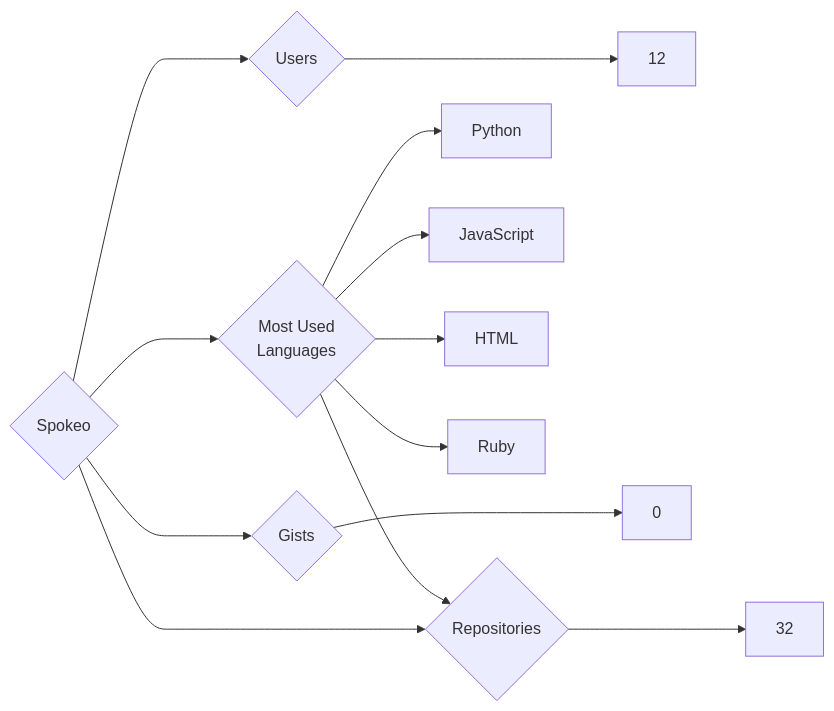
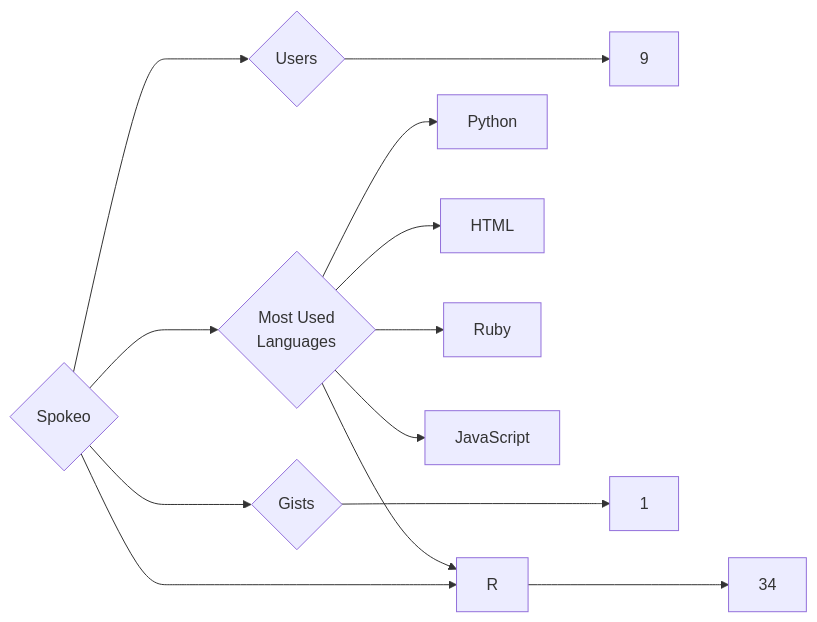
Before and after one commit to trickest/insiders: the diagram in targets/Spokeo/README.md, drawn with Mermaid. The commit also changed 886 other files, not shown here.

````diff
--- a/targets/Spokeo/README.md
+++ b/targets/Spokeo/README.md
@@ -3,13 +3,13 @@
 ```mermaid
 graph LR
 COMPANY_NAME{Spokeo}
-COMPANY_NAME ---> U{Users} ---> UN[12]
-COMPANY_NAME ---> R{Repositories} ---> RN[32]
-COMPANY_NAME ---> G{Gists} ---> GN[0]
+COMPANY_NAME ---> U{Users} ---> UN[9]
+COMPANY_NAME ---> R{Repositories} ---> RN[34]
+COMPANY_NAME ---> G{Gists} ---> GN[1]
 COMPANY_NAME ---> ML{Most Used<br>Languages}
-ML --> Python
-ML --> JavaScript
-ML --> HTML
-ML --> R
-ML --> Ruby
+ML --> Python[Python]
+ML --> HTML[HTML]
+ML --> Ruby[Ruby]
+ML --> JavaScript[JavaScript]
+ML --> R[R]
 ```
````
